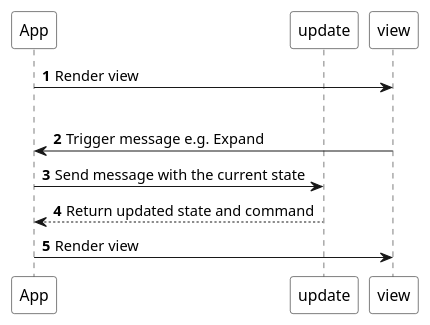
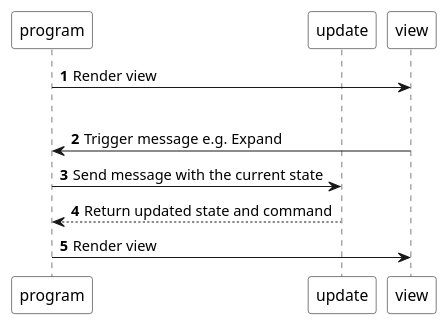
Before and after one commit to sporto/elm-tutorial: the diagram in en/02-elm-arch/04-flow.pu, drawn with PlantUML. The commit also changed 3 other files, not shown here.

Commit message:
Update Flow to 018

```diff
--- a/en/02-elm-arch/04-flow.pu
+++ b/en/02-elm-arch/04-flow.pu
@@ -1,13 +1,13 @@
 @startuml
 autonumber
-participant App #white
+participant program #white
 participant update #white
 participant view #white
 
-App -> view : Render view
+program -> view : Render view
 |||
-view -> App : Trigger message e.g. Expand
-App -> update : Send message with the current state
-update --> App : Return updated state and command
-App -> view : Render view
+view -> program : Trigger message e.g. Expand
+program -> update : Send message with the current state
+update --> program : Return updated state and command
+program -> view : Render view
 @enduml
```
